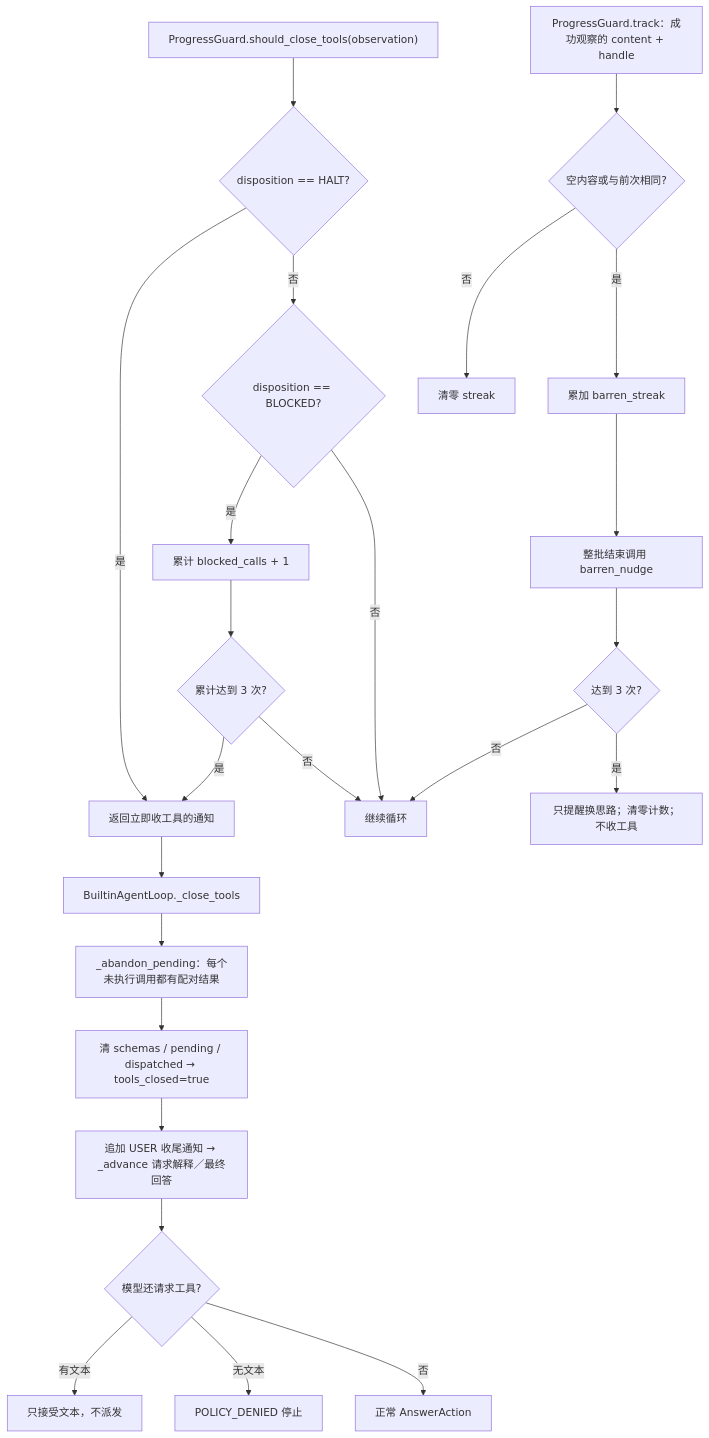
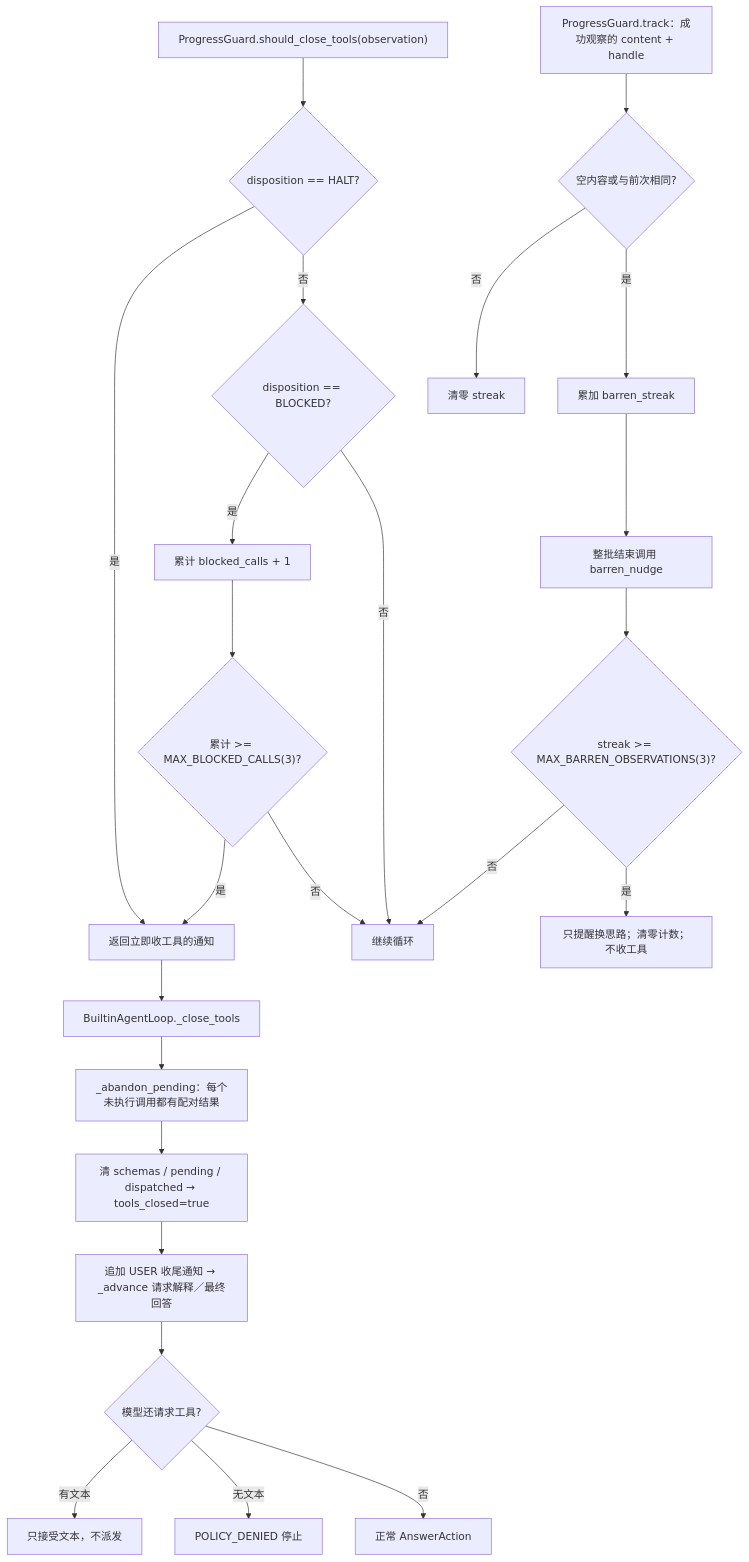
Diagram 12 of 52 in docs/06-code-reading-guide.md (qubaolai/ForgeCLI), drawn with Mermaid before and after one commit. The commit also changed other lines of this file and 25 other files, not shown here.

````diff
--- a/docs/06-code-reading-guide.md
+++ b/docs/06-code-reading-guide.md
@@ -496,26 +496,26 @@
 ```mermaid
 flowchart TD
     A["ProgressGuard.should_close_tools(observation)"] --> B{"disposition == HALT?"}
     B -->|是| C["返回立即收工具的通知"]
     B -->|否| D{"disposition == BLOCKED?"}
     D -->|是| E["累计 blocked_calls + 1"]
-    E --> F{"累计达到 3 次?"}
+    E --> F{"累计 >= MAX_BLOCKED_CALLS(3)?"}
     F -->|是| C
     F -->|否| G["继续循环"]
     D -->|否| G
     C --> H["BuiltinAgentLoop._close_tools"]
     H --> I["_abandon_pending：每个未执行调用都有配对结果"]
     I --> J["清 schemas / pending / dispatched → tools_closed=true"]
     J --> K["追加 USER 收尾通知 → _advance 请求解释／最终回答"]
     K --> L{"模型还请求工具?"}
     L -->|有文本| M["只接受文本，不派发"]
     L -->|无文本| N["POLICY_DENIED 停止"]
     L -->|否| O["正常 AnswerAction"]
     P["ProgressGuard.track：成功观察的 content + handle"] --> Q{"空内容或与前次相同?"}
     Q -->|是| R["累加 barren_streak"]
     Q -->|否| S["清零 streak"]
     R --> T["整批结束调用 barren_nudge"]
-    T --> U{"达到 3 次?"}
+    T --> U{"streak >= MAX_BARREN_OBSERVATIONS(3)?"}
     U -->|是| V["只提醒换思路；清零计数；不收工具"]
     U -->|否| G
 ```
````
